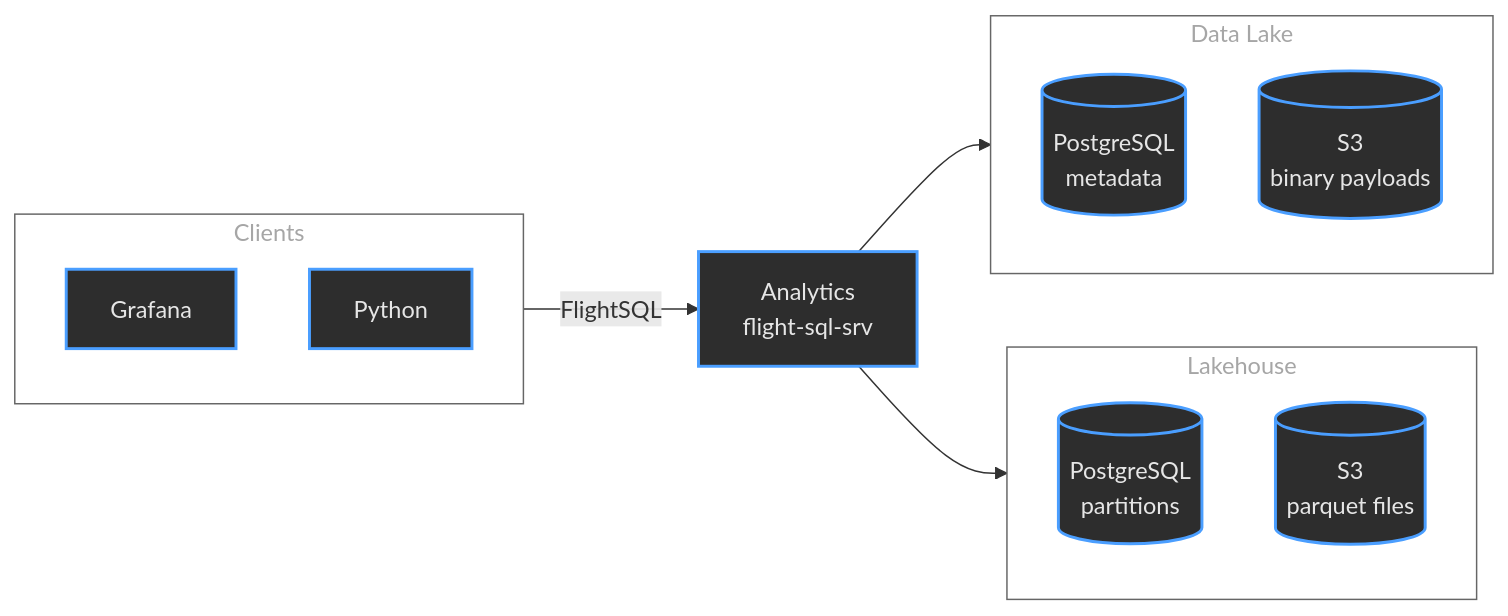
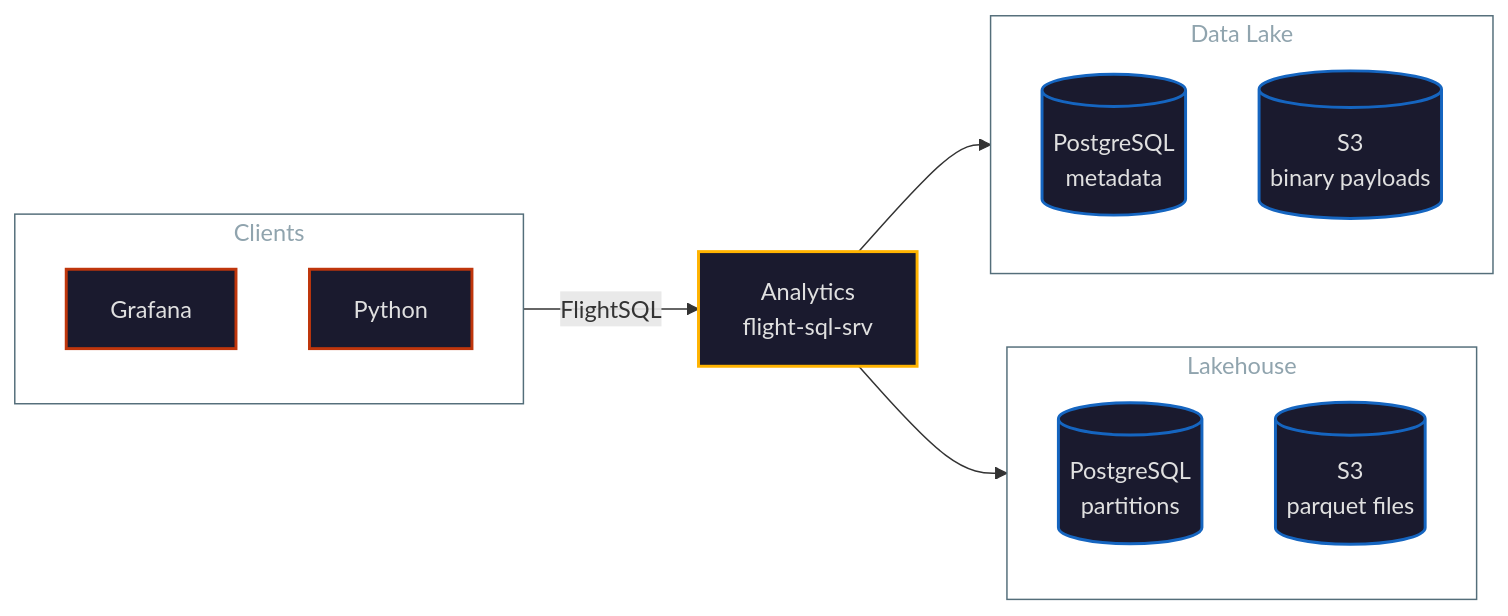
The second of 2 diagrams in doc/high-frequency-observability/src/slides/presentation.md (madesroches/micromegas), drawn with Mermaid before and after one commit. The commit also changed other lines of this file and 35 other files, not shown here.

````diff
--- a/doc/high-frequency-observability/src/slides/presentation.md
+++ b/doc/high-frequency-observability/src/slides/presentation.md
@@ -144,34 +144,34 @@
 ```mermaid
 graph LR
     subgraph Lake["Data Lake"]
         PG1[(PostgreSQL<br/>metadata)]
         S31[(S3<br/>binary payloads)]
     end
 
     Analytics[Analytics<br/>flight-sql-srv]
 
     subgraph LH["Lakehouse"]
         PG2[(PostgreSQL<br/>partitions)]
         S32[(S3<br/>parquet files)]
     end
 
     subgraph Clients["Clients"]
         Grafana
         Python
     end
 
     Analytics --> Lake
     Analytics --> LH
     Clients -->|FlightSQL| Analytics
 
-    style PG1 fill:#2d2d2d,stroke:#4a9eff,stroke-width:2px,color:#e6e6e6
-    style S31 fill:#2d2d2d,stroke:#4a9eff,stroke-width:2px,color:#e6e6e6
-    style Analytics fill:#2d2d2d,stroke:#4a9eff,stroke-width:2px,color:#e6e6e6
-    style PG2 fill:#2d2d2d,stroke:#4a9eff,stroke-width:2px,color:#e6e6e6
-    style S32 fill:#2d2d2d,stroke:#4a9eff,stroke-width:2px,color:#e6e6e6
-    style Grafana fill:#2d2d2d,stroke:#4a9eff,stroke-width:2px,color:#e6e6e6
-    style Python fill:#2d2d2d,stroke:#4a9eff,stroke-width:2px,color:#e6e6e6
-    style Lake fill:none,stroke:#666,stroke-width:1px,color:#a6a6a6
-    style LH fill:none,stroke:#666,stroke-width:1px,color:#a6a6a6
-    style Clients fill:none,stroke:#666,stroke-width:1px,color:#a6a6a6
+    style PG1 fill:#1a1a2e,stroke:#1565c0,stroke-width:2px,color:#e0e0e0
+    style S31 fill:#1a1a2e,stroke:#1565c0,stroke-width:2px,color:#e0e0e0
+    style Analytics fill:#1a1a2e,stroke:#ffb300,stroke-width:2px,color:#e0e0e0
+    style PG2 fill:#1a1a2e,stroke:#1565c0,stroke-width:2px,color:#e0e0e0
+    style S32 fill:#1a1a2e,stroke:#1565c0,stroke-width:2px,color:#e0e0e0
+    style Grafana fill:#1a1a2e,stroke:#bf360c,stroke-width:2px,color:#e0e0e0
+    style Python fill:#1a1a2e,stroke:#bf360c,stroke-width:2px,color:#e0e0e0
+    style Lake fill:none,stroke:#546e7a,stroke-width:1px,color:#90a4ae
+    style LH fill:none,stroke:#546e7a,stroke-width:1px,color:#90a4ae
+    style Clients fill:none,stroke:#546e7a,stroke-width:1px,color:#90a4ae
 ```
````
